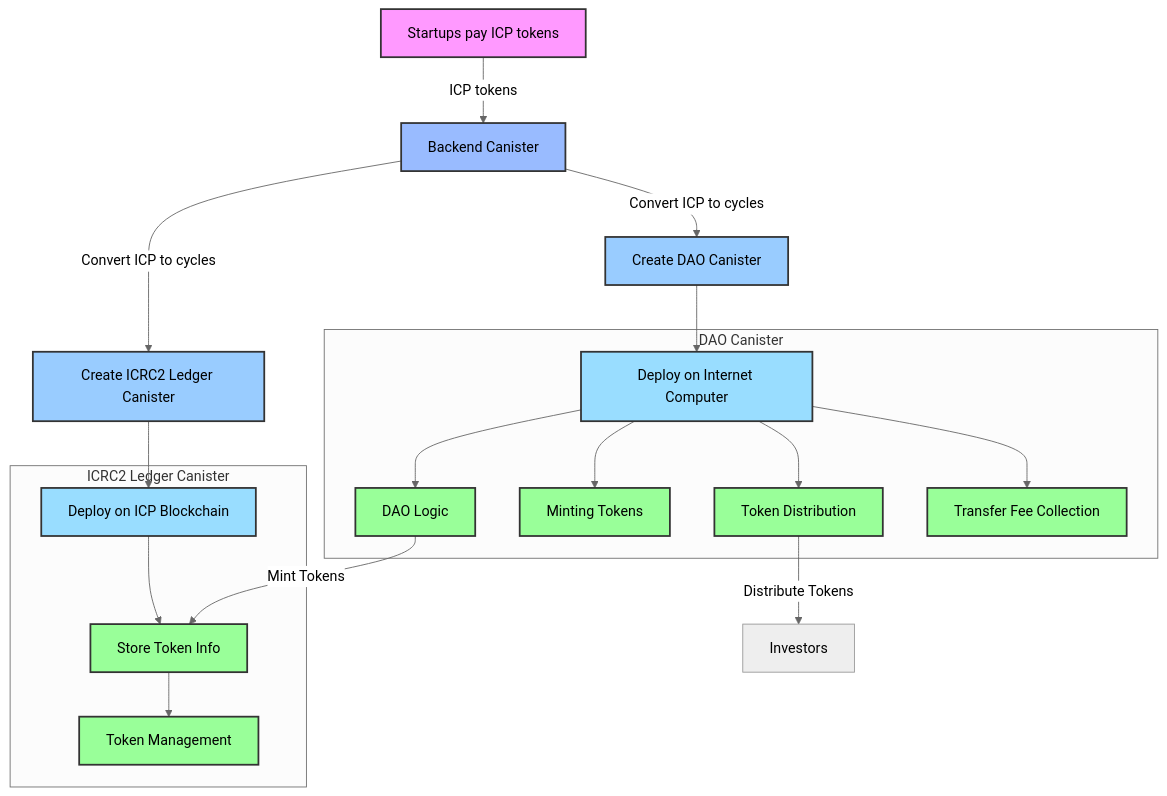
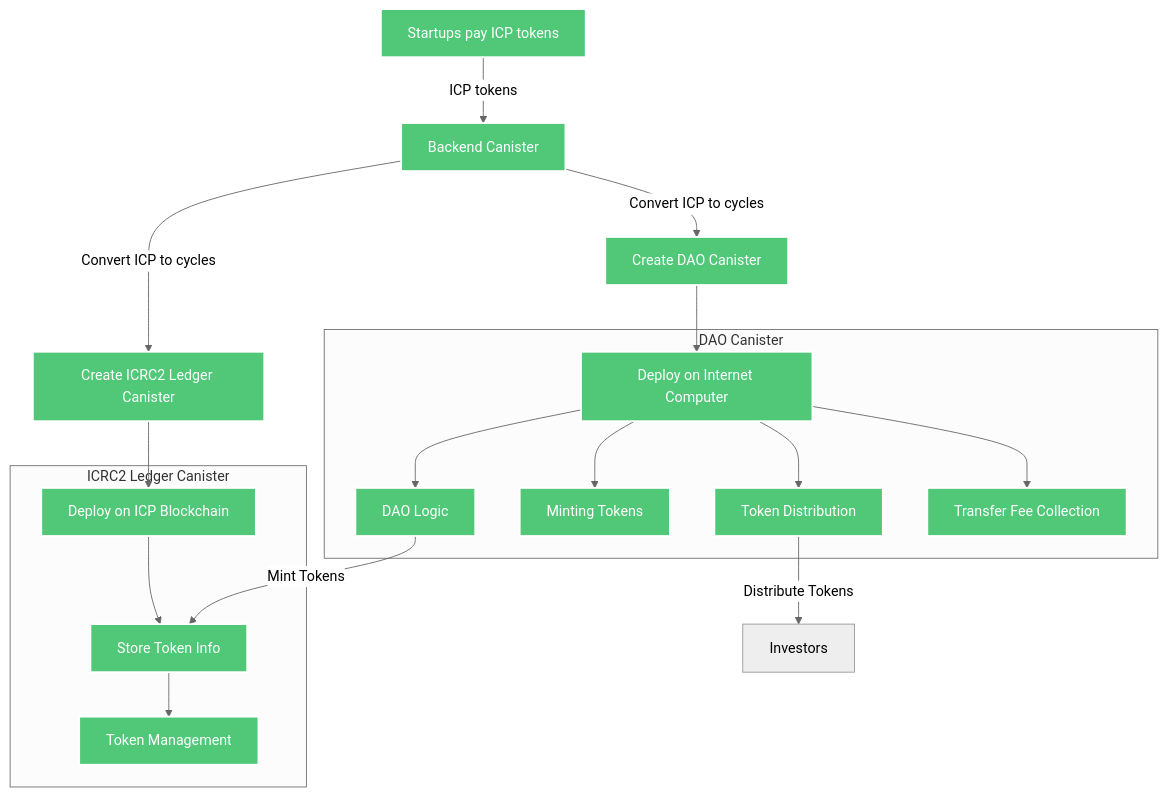
The diagram in WHITEPAPER.md (reorg-icp/Reorg), drawn with Mermaid (neutral theme) before and after one commit.

Commit message:
add technical overview

````diff
--- a/WHITEPAPER.md
+++ b/WHITEPAPER.md
@@ -139,41 +139,41 @@
 ```mermaid
 
 graph TD
   A[Startups pay ICP tokens] -->|ICP tokens| B[Backend Canister]
   B -->|Convert ICP to cycles| C[Create DAO Canister]
   B -->|Convert ICP to cycles| D[Create ICRC2 Ledger Canister]
 
   subgraph "DAO Canister"
     E[Deploy on Internet Computer]
     E --> F[DAO Logic]
     E --> G[Minting Tokens]
     E --> H[Token Distribution]
     E --> I[Transfer Fee Collection]
   end
 
   subgraph "ICRC2 Ledger Canister"
     J[Deploy on ICP Blockchain]
     J --> K[Store Token Info]
     K --> L[Token Management]
   end
 
   C --> E
   D --> J
 
   F -->|Mint Tokens| K
   H -->|Distribute Tokens| Investors
 
-  style A fill:#FF99FF,stroke:#333,stroke-width:2px
-  style B fill:#99BBFF,stroke:#333,stroke-width:2px
-  style C fill:#99CCFF,stroke:#333,stroke-width:2px
-  style D fill:#99CCFF,stroke:#333,stroke-width:2px
-  style E fill:#99DDFF,stroke:#333,stroke-width:2px
-  style J fill:#99DDFF,stroke:#333,stroke-width:2px
-  style F fill:#99FF99,stroke:#333,stroke-width:2px
-  style G fill:#99FF99,stroke:#333,stroke-width:2px
-  style H fill:#99FF99,stroke:#333,stroke-width:2px
-  style I fill:#99FF99,stroke:#333,stroke-width:2px
-  style K fill:#99FF99,stroke:#333,stroke-width:2px
-  style L fill:#99FF99,stroke:#333,stroke-width:2px
+  style A fill:#50C878,stroke:#fff,stroke-width:2px,color:#fff
+  style B fill:#50C878,stroke:#fff,stroke-width:2px,color:#fff
+  style C fill:#50C878,stroke:#fff,stroke-width:2px,color:#fff
+  style D fill:#50C878,stroke:#fff,stroke-width:2px,color:#fff
+  style E fill:#50C878,stroke:#fff,stroke-width:2px,color:#fff
+  style J fill:#50C878,stroke:#fff,stroke-width:2px,color:#fff
+  style F fill:#50C878,stroke:#fff,stroke-width:2px,color:#fff
+  style G fill:#50C878,stroke:#fff,stroke-width:2px,color:#fff
+  style H fill:#50C878,stroke:#fff,stroke-width:2px,color:#fff
+  style I fill:#50C878,stroke:#fff,stroke-width:2px,color:#fff
+  style K fill:#50C878,stroke:#fff,stroke-width:2px,color:#fff
+  style L fill:#50C878,stroke:#fff,stroke-width:2px,color:#fff
 
 ```
````
